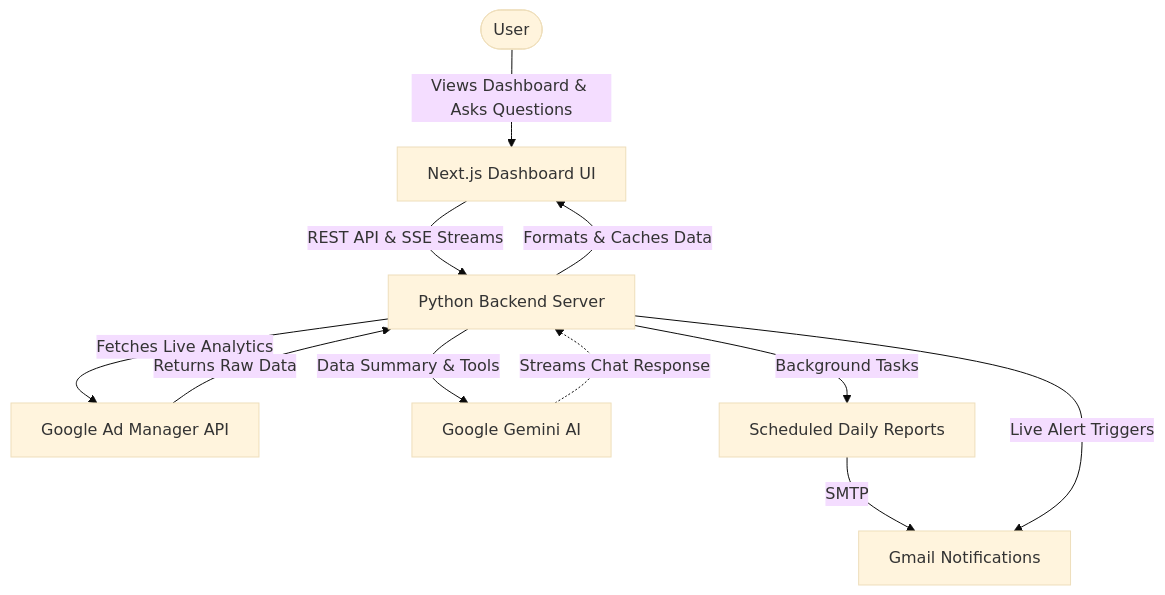
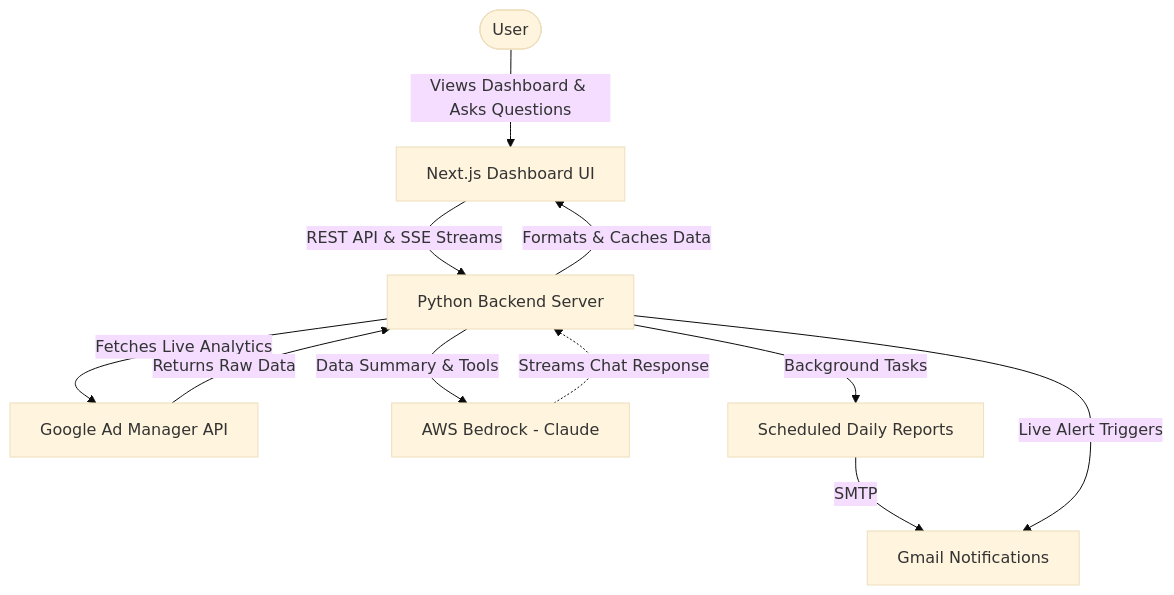
The diagram in README.md (Aryan07175/GAM-360-Live-Reporting-Platform), drawn with Mermaid (base theme) before and after one commit. The commit also changed other lines of this file and 5 other files, not shown here.

First line of the commit message:
feat: full production migration from Google Gemini to AWS Bedrock

````diff
--- a/README.md
+++ b/README.md
@@ -11,17 +11,17 @@
 ```mermaid
 graph TD
     User([User]) -->|Views Dashboard & Asks Questions| NextJS[Next.js Dashboard UI]
     NextJS -->|REST API & SSE Streams| Python[Python Backend Server]
     
     Python -->|Fetches Live Analytics| GAM[Google Ad Manager API]
     GAM -->|Returns Raw Data| Python
     
-    Python -->|Data Summary & Tools| Gemini[Google Gemini AI]
-    Gemini -.->|Streams Chat Response| Python
+    Python -->|Data Summary & Tools| Bedrock[AWS Bedrock - Claude]
+    Bedrock -.->|Streams Chat Response| Python
     
     Python -->|Formats & Caches Data| NextJS
     
     Python -->|Background Tasks| Cron[Scheduled Daily Reports]
     Cron -->|SMTP| Gmail[Gmail Notifications]
     Python -->|Live Alert Triggers| Gmail
 ```
````
